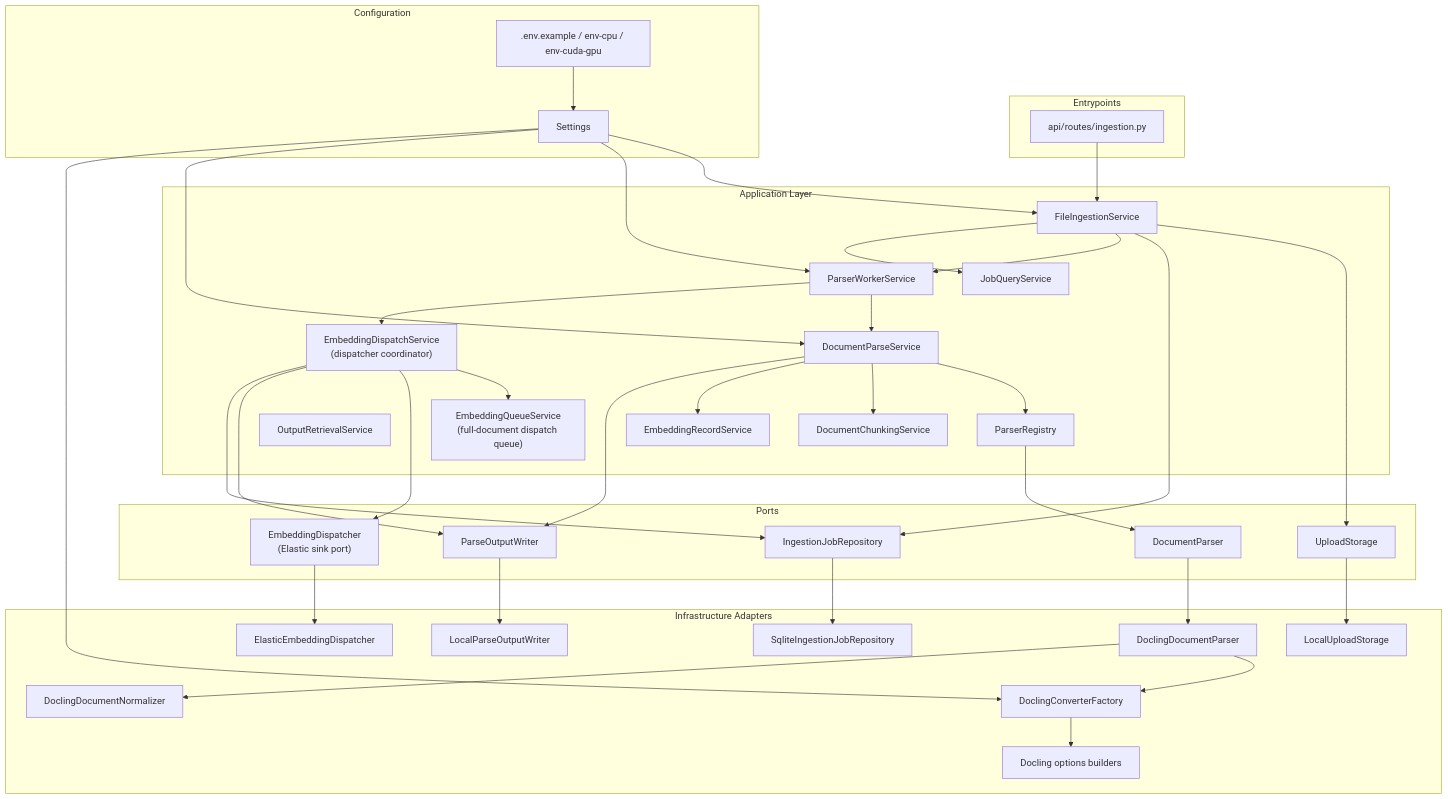
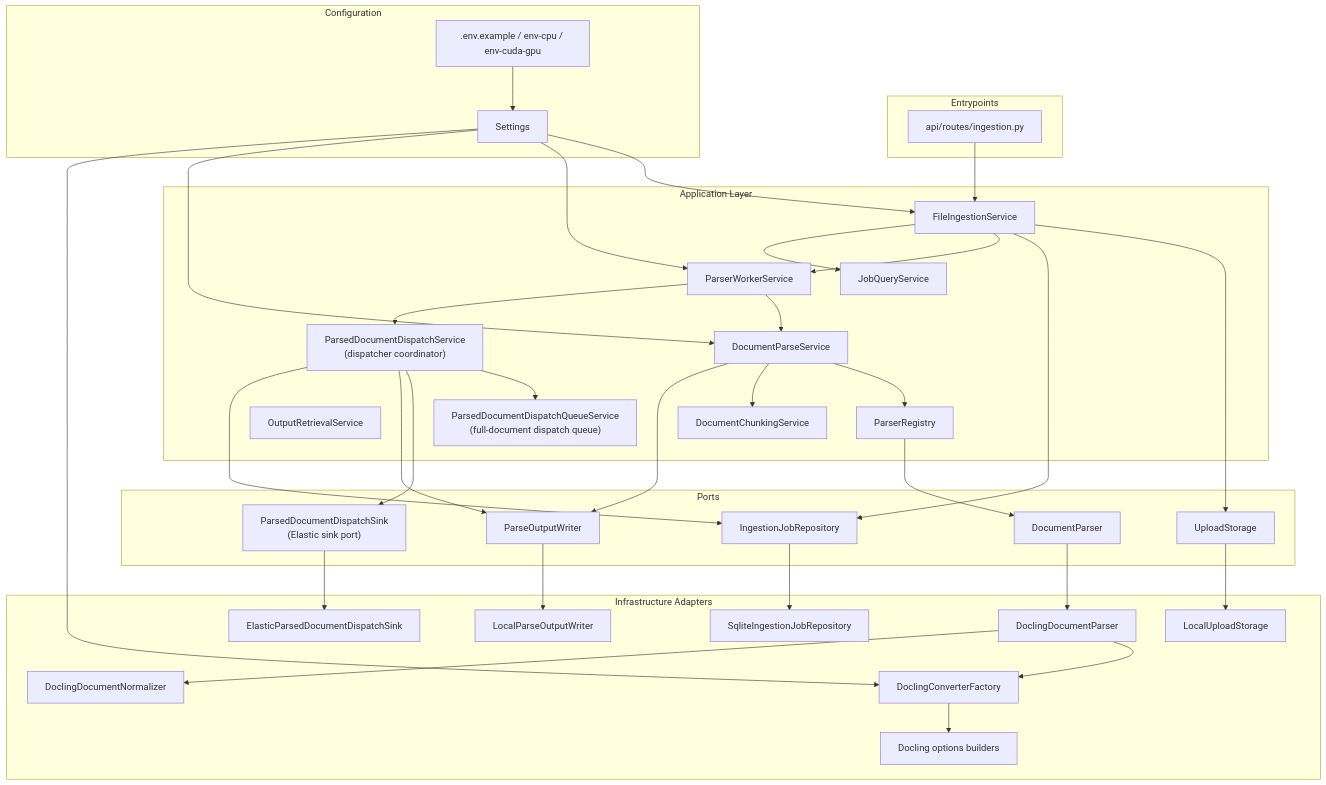
One commit to alrolo3/ingest-orquestator-service changed the second of 7 diagrams in docs/architecture-diagram.md. Above: the diagram before and after it, drawn with Mermaid. The commit also changed other lines of this file and 78 other files, not shown here.

Commit message:
refactor: complete queue dispatcher and parse output workflow

````diff
--- a/docs/architecture-diagram.md
+++ b/docs/architecture-diagram.md
@@ -27,78 +27,76 @@
 ```mermaid
 flowchart TB
     subgraph Entrypoints["Entrypoints"]
         FastAPI["api/routes/ingestion.py"]
     end
 
     subgraph Application["Application Layer"]
         FileIngestion["FileIngestionService"]
         ParseService["DocumentParseService"]
         Chunking["DocumentChunkingService"]
-        Embedding["EmbeddingRecordService"]
         OutputRetrieval["OutputRetrievalService"]
         JobQuery["JobQueryService"]
         ParserWorkers["ParserWorkerService"]
-        DispatchQueue["EmbeddingQueueService<br/>(full-document dispatch queue)"]
-        DispatchService["EmbeddingDispatchService<br/>(dispatcher coordinator)"]
+        DispatchQueue["ParsedDocumentDispatchQueueService<br/>(full-document dispatch queue)"]
+        DispatchService["ParsedDocumentDispatchService<br/>(dispatcher coordinator)"]
         Registry["ParserRegistry"]
     end
 
     subgraph Ports["Ports"]
         ParserPort["DocumentParser"]
         WriterPort["ParseOutputWriter"]
         UploadPort["UploadStorage"]
         JobRepoPort["IngestionJobRepository"]
-        DispatchPort["EmbeddingDispatcher<br/>(Elastic sink port)"]
+        DispatchPort["ParsedDocumentDispatchSink<br/>(Elastic sink port)"]
     end
 
     subgraph Infrastructure["Infrastructure Adapters"]
         DoclingParser["DoclingDocumentParser"]
         ConverterFactory["DoclingConverterFactory"]
         DoclingOptions["Docling options builders"]
         Normalizer["DoclingDocumentNormalizer"]
         Writer["LocalParseOutputWriter"]
         Uploads["LocalUploadStorage"]
         SQLite["SqliteIngestionJobRepository"]
-        ElasticDispatch["ElasticEmbeddingDispatcher"]
+        ElasticDispatch["ElasticParsedDocumentDispatchSink"]
     end
 
     subgraph Config["Configuration"]
         Settings["Settings"]
         EnvFiles[".env.example / env-cpu / env-cuda-gpu"]
     end
 
     FastAPI --> FileIngestion
 
     FileIngestion --> UploadPort
     FileIngestion --> JobRepoPort
     FileIngestion --> ParserWorkers
     FileIngestion --> JobQuery
 
     ParserWorkers --> ParseService
     ParserWorkers --> DispatchService
     ParseService --> Registry
     ParseService --> Chunking
-    ParseService --> Embedding
     ParseService --> WriterPort
 
     Registry --> ParserPort
     ParserPort --> DoclingParser
     WriterPort --> Writer
     UploadPort --> Uploads
     JobRepoPort --> SQLite
     DispatchPort --> ElasticDispatch
     DispatchService --> DispatchQueue
     DispatchService --> DispatchPort
     DispatchService --> WriterPort
     DispatchService --> JobRepoPort
 
     DoclingParser --> ConverterFactory
     DoclingParser --> Normalizer
     ConverterFactory --> DoclingOptions
 
     EnvFiles --> Settings
     Settings --> FileIngestion
     Settings --> ParserWorkers
     Settings --> ParseService
     Settings --> ConverterFactory
 ```
````
